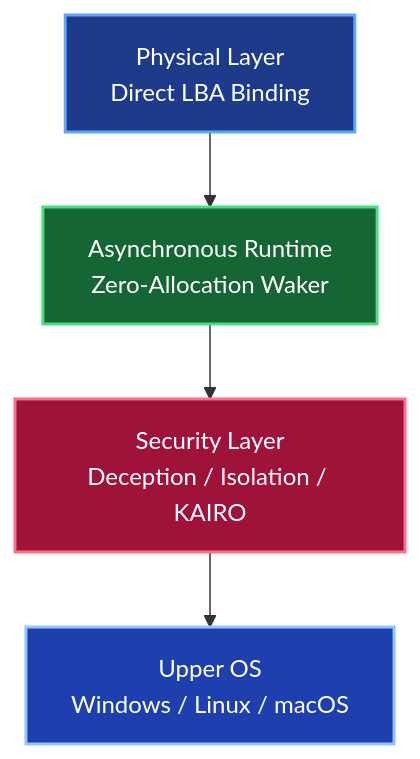
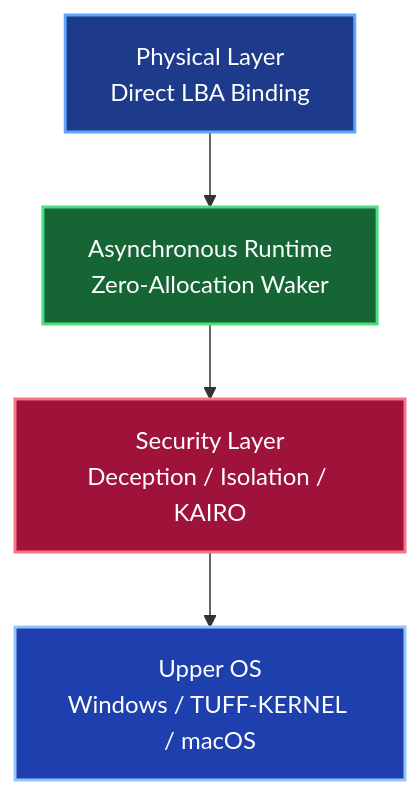
The first of 3 diagrams in archive/v1.0.0/docs/TUFF-OS_General_Manual.md (elementary-particles-Man/TUFF-OS-ISO), drawn with Mermaid before and after one commit. The commit also changed other lines of this file and 41 other files, not shown here.

Commit message:
DOCS: Comprehensive overhaul of manuals to reflect Pure Rust Bare-metal Sovereign Core and ZRAM architecture.

````diff
--- a/archive/v1.0.0/docs/TUFF-OS_General_Manual.md
+++ b/archive/v1.0.0/docs/TUFF-OS_General_Manual.md
@@ -29,16 +29,16 @@
 ```mermaid
 flowchart TD
     A[Physical Layer\nDirect LBA Binding] --> B[Asynchronous Runtime\nZero-Allocation Waker]
     B --> C[Security Layer\nDeception / Isolation / KAIRO]
-    C --> D[Upper OS\nWindows / Linux / macOS]
+    C --> D[Upper OS\nWindows / TUFF-KERNEL / macOS]
 
     classDef phys fill:#1e3a8a,color:#fff,stroke:#60a5fa,stroke-width:2px
     classDef async fill:#166534,color:#fff,stroke:#4ade80,stroke-width:2px
     classDef sec fill:#9f1239,color:#fff,stroke:#fb7185,stroke-width:2px
     classDef upper fill:#1e40af,color:#fff,stroke:#93c5fd,stroke-width:2px
 
     class A phys
     class B async
     class C sec
     class D upper
 ```
````
